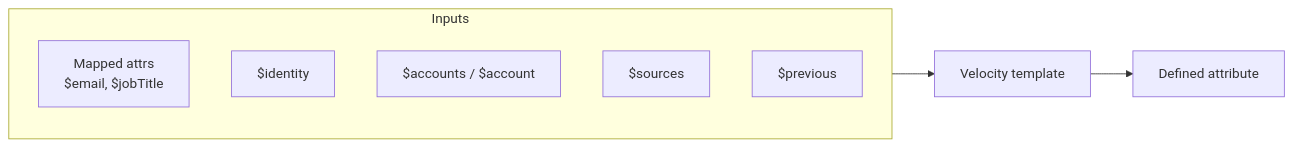
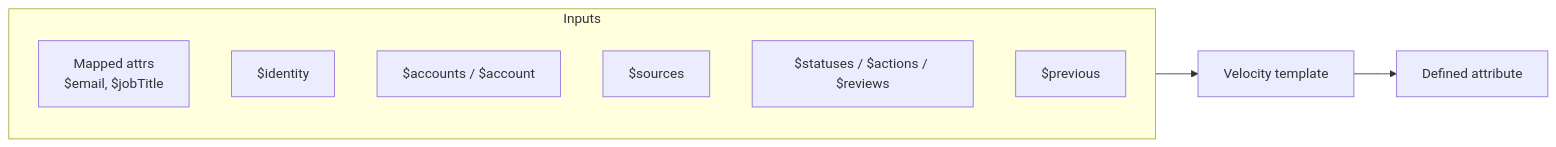
Before and after one commit to fernando-delosrios-sp/colab-saas-conn-sailpoint-identity-fusion: the diagram in docs/reference/velocity-context.md, drawn with Mermaid. The commit also changed other lines of this file and 12 other files, not shown here.

First line of the commit message:
feat(define): expose live statuses, actions, and reviews to Velocity

````diff
--- a/docs/reference/velocity-context.md
+++ b/docs/reference/velocity-context.md
@@ -9,12 +9,13 @@
 ```mermaid
 flowchart LR
     subgraph inputs [Inputs]
         M["Mapped attrs<br/>$email, $jobTitle"]
         I["$identity"]
         A["$accounts / $account"]
         S["$sources"]
+        C["$statuses / $actions / $reviews"]
         P["$previous"]
     end
     inputs --> V[Velocity template]
     V --> O[Defined attribute]
 ```
````
